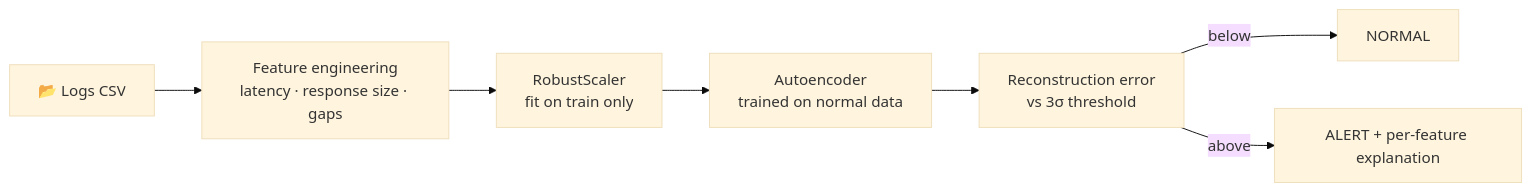
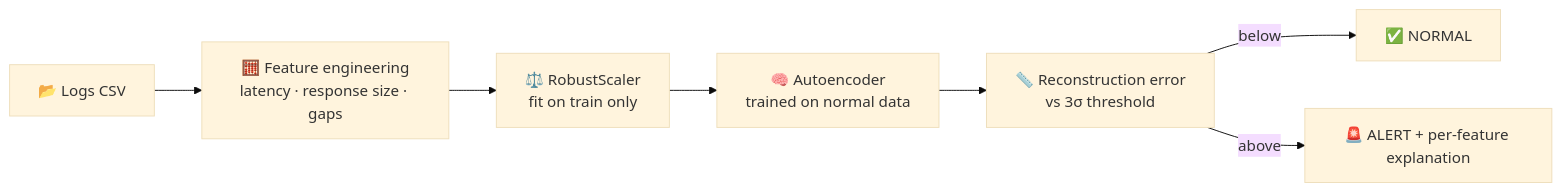
The diagram in README.md (Geethika2204/Aveon), drawn with Mermaid (base theme) before and after one commit. The commit also changed other lines of this file, not shown here.

````diff
--- a/README.md
+++ b/README.md
@@ -22,9 +22,9 @@
 ```mermaid
 flowchart LR
-    A[📂 Logs CSV] --> B[Feature engineering<br/>latency · response size · gaps]
-    B --> C[RobustScaler<br/>fit on train only]
-    C --> D[Autoencoder<br/>trained on normal data]
-    D --> E[Reconstruction error<br/>vs 3σ threshold]
-    E -->|below| F[NORMAL]
-    E -->|above| G[ALERT + per-feature explanation]
+    A[📂 Logs CSV] --> B[🧮 Feature engineering<br/>latency · response size · gaps]
+    B --> C[⚖️ RobustScaler<br/>fit on train only]
+    C --> D[🧠 Autoencoder<br/>trained on normal data]
+    D --> E[📏 Reconstruction error<br/>vs 3σ threshold]
+    E -->|below| F[✅ NORMAL]
+    E -->|above| G[🚨 ALERT + per-feature explanation]
 ```
````
